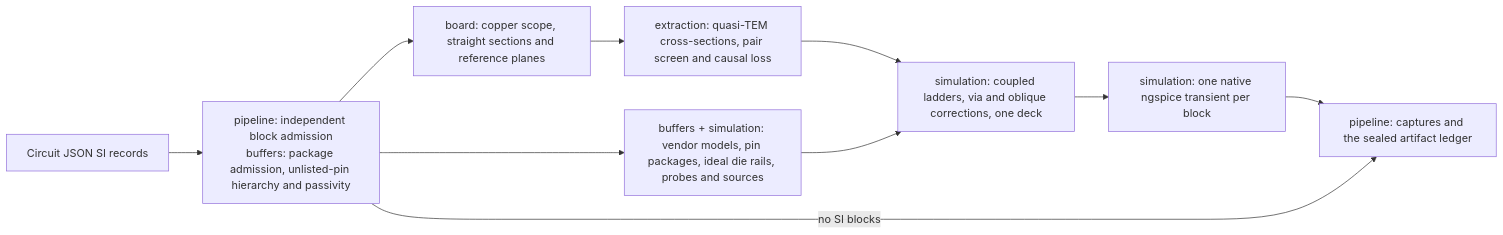
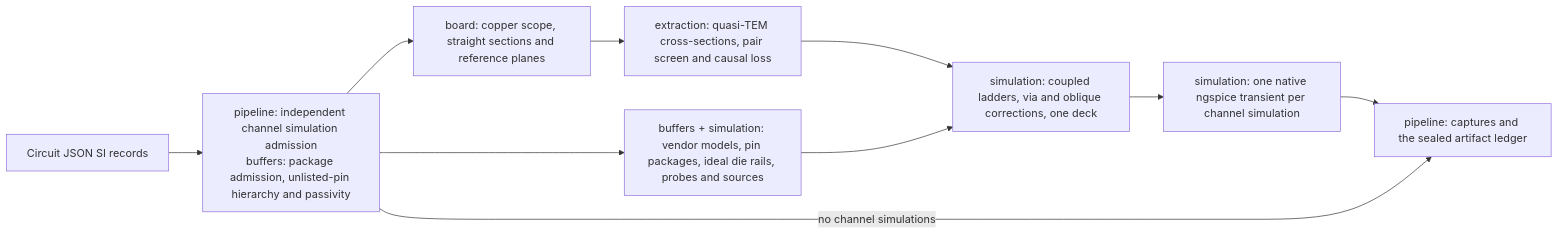
The first of 5 diagrams in docs/ARCHITECTURE.md (draarivpatel-ui/signal-integrity-pipeline), drawn with Mermaid before and after one commit. The commit also changed other lines of this file and 9 other files, not shown here.

Commit message:
refactor: name channel simulation results and stage counts

````diff
--- a/docs/ARCHITECTURE.md
+++ b/docs/ARCHITECTURE.md
@@ -20,12 +20,12 @@
 ```mermaid
 flowchart LR
-  source["Circuit JSON SI records"] --> admit["pipeline: independent block admission<br/>buffers: package admission, unlisted-pin hierarchy and passivity"]
+  source["Circuit JSON SI records"] --> admit["pipeline: independent channel simulation admission<br/>buffers: package admission, unlisted-pin hierarchy and passivity"]
   admit --> sections["board: copper scope, straight sections and reference planes"]
   sections --> fields["extraction: quasi-TEM cross-sections, pair screen and causal loss"]
   admit --> bindings["buffers + simulation: vendor models, pin packages, ideal die rails, probes and sources"]
   fields --> network["simulation: coupled ladders, via and oblique corrections, one deck"]
   bindings --> network
-  network --> transient["simulation: one native ngspice transient per block"]
+  network --> transient["simulation: one native ngspice transient per channel simulation"]
   transient --> output["pipeline: captures and the sealed artifact ledger"]
-  admit -->|"no SI blocks"| output
+  admit -->|"no channel simulations"| output
 ```
````
